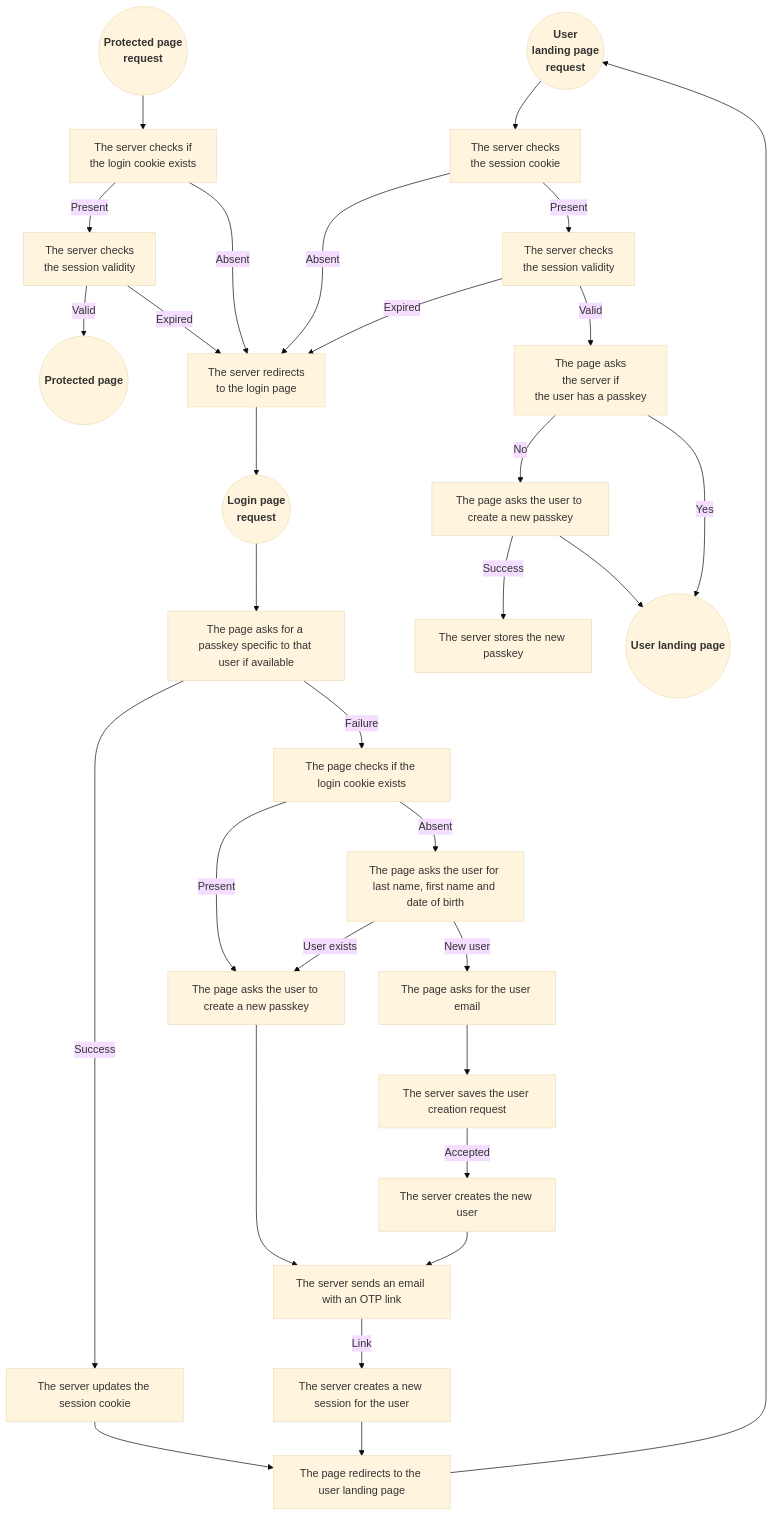
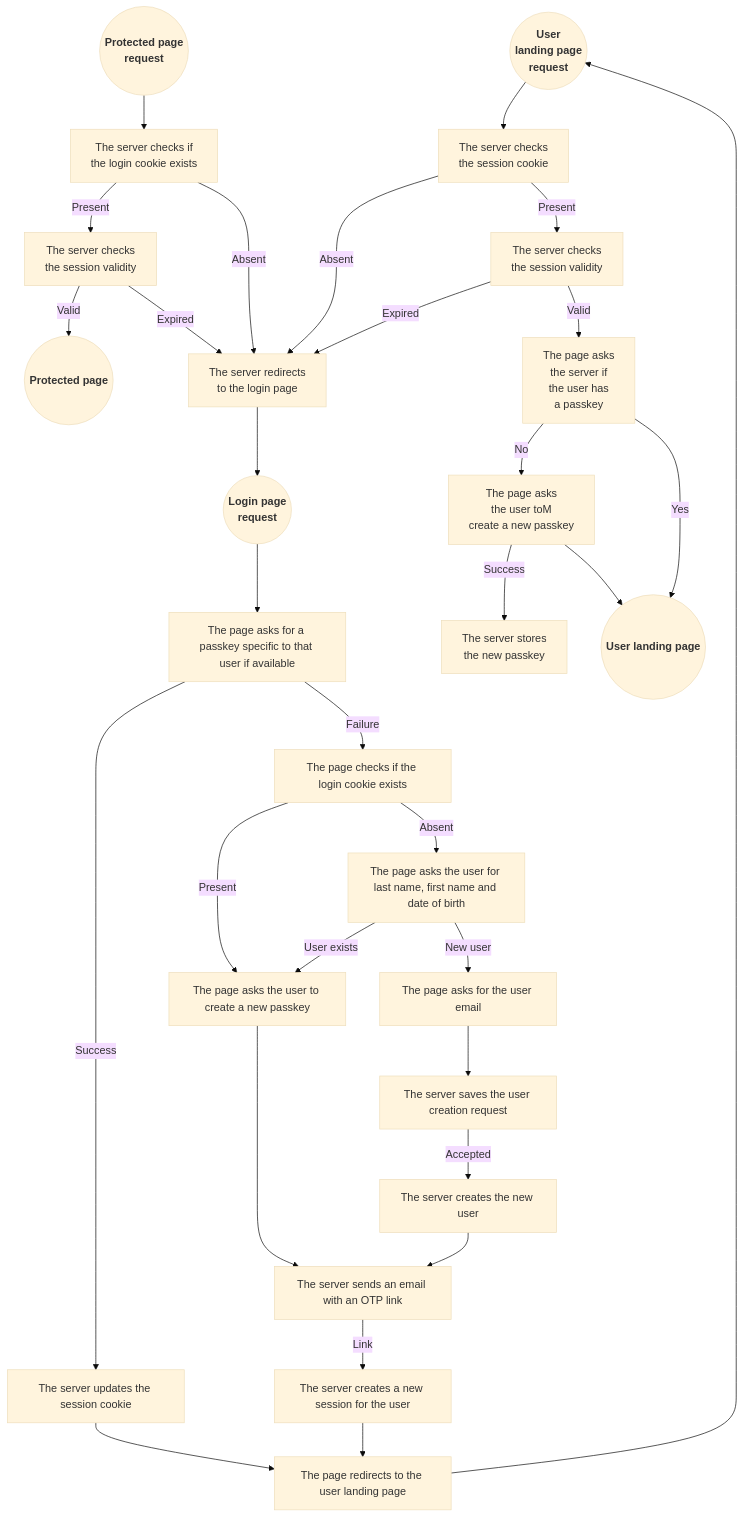
The diagram in README.md (programingjd/tiered_server), drawn with Mermaid (base theme) before and after one commit.

````diff
--- a/README.md
+++ b/README.md
@@ -123,40 +123,40 @@
 ```mermaid
 graph TD;
   UserLandingPageRequest(("<b>User<br>landing page<br>request</b>"))
   ProtectedPageRequest(("<b>Protected page<br>request</b>"))
   LoginPageRequest(("<b>Login page<br>request</b>"))
   
   ProtectedPageRequest-->QueryCookie1["The server checks if<br>the login cookie exists"]
   QueryCookie1-->|Present|CheckSessionValidity1["The server checks<br>the session validity"]
   QueryCookie1-->|Absent|LoginPageRedirect["The server redirects<br>to the login page"]
   CheckSessionValidity1-->|Valid|ProtectedPageResponse(("<b>Protected page<b>"))
   CheckSessionValidity1-->|Expired|LoginPageRedirect
 
   UserLandingPageRequest-->QueryCookie2["The server checks<br>the session cookie"]
   QueryCookie2-->|Absent|LoginPageRedirect
   QueryCookie2-->|Present|CheckSessionValidity2["The server checks<br>the session validity"]
   CheckSessionValidity2-->|Expired|LoginPageRedirect
-  CheckSessionValidity2-->|Valid|QueryExistingPasskey2["The page asks<br>the server if<br>the user has a passkey"]
-  QueryExistingPasskey2-->|No|NewPasskeyPrompt2[The page asks the user to create a new passkey]
+  CheckSessionValidity2-->|Valid|QueryExistingPasskey2["The page asks<br>the server if<br>the user has<br>a passkey"]
+  QueryExistingPasskey2-->|No|NewPasskeyPrompt2["The page asks<br>the user toM<br>create a new passkey"]
   QueryExistingPasskey2-->|Yes|UserLandingPageResponse(("<b>User landing page<b>"))
-  NewPasskeyPrompt2-->|Success|NewPasskeyStore2[The server stores the new passkey]
+  NewPasskeyPrompt2-->|Success|NewPasskeyStore2["The server stores<br>the new passkey"]
   NewPasskeyPrompt2-->UserLandingPageResponse
 
   LoginPageRequest-->QueryPasskey[The page asks for a passkey specific to that user if available]
   QueryPasskey-->|Success|SessionCookieUpdate[The server updates the session cookie]
   SessionCookieUpdate-->UserLandingPageRedirect[The page redirects to the user landing page]
   QueryPasskey-->|Failure|QueryCookie3[The page checks if the login cookie exists]
   QueryCookie3-->|Present|NewPasskeyPrompt3[The page asks the user to create a new passkey]
   QueryCookie3-->|Absent|UserForm[The page asks the user for last name, first name and date of birth]
   UserForm-->|User exists|NewPasskeyPrompt3
   NewPasskeyPrompt3-->EmailOTP[The server sends an email with an OTP link]
   EmailOTP-->|Link|NewSession[The server creates a new session for the user]
   NewSession-->UserLandingPageRedirect
   UserForm-->|New user|NewUser[The page asks for the user email]
   NewUser-->UserModeration[The server saves the user creation request]
   UserModeration-->|Accepted|UserCreation[The server creates the new user]
   UserCreation-->EmailOTP
   
   UserLandingPageRedirect-->UserLandingPageRequest
   LoginPageRedirect-->LoginPageRequest
 ```
````
